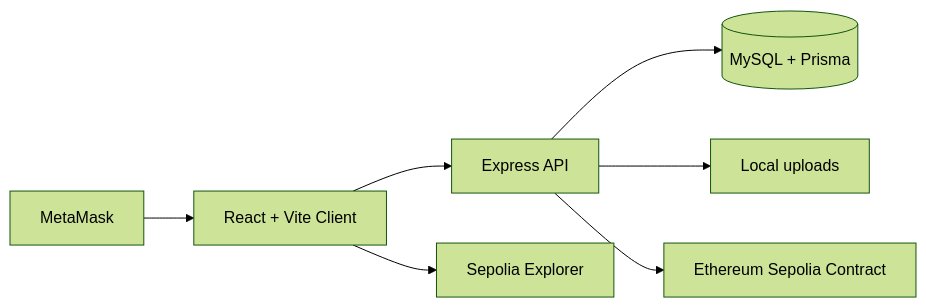
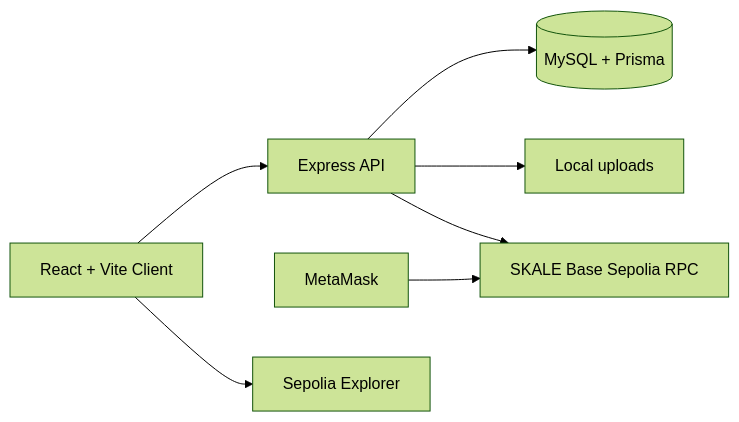
One commit to ismahin/MediChain changed the diagram in README.md. Above: the diagram before and after it, drawn with Mermaid (forest theme). The commit also changed other lines of this file and 28 other files, not shown here.

````diff
--- a/README.md
+++ b/README.md
@@ -22,9 +26,9 @@
 ```mermaid
 flowchart LR
   Client[React + Vite Client] --> API[Express API]
   API --> DB[(MySQL + Prisma)]
   API --> Files[Local uploads]
-  API --> Chain[Ethereum Sepolia Contract]
-  Wallet[MetaMask] --> Client
+  API --> Chain[SKALE Base Sepolia RPC]
+  Wallet[MetaMask] --> Chain
   Client --> Explorer[Sepolia Explorer]
 ```
````
